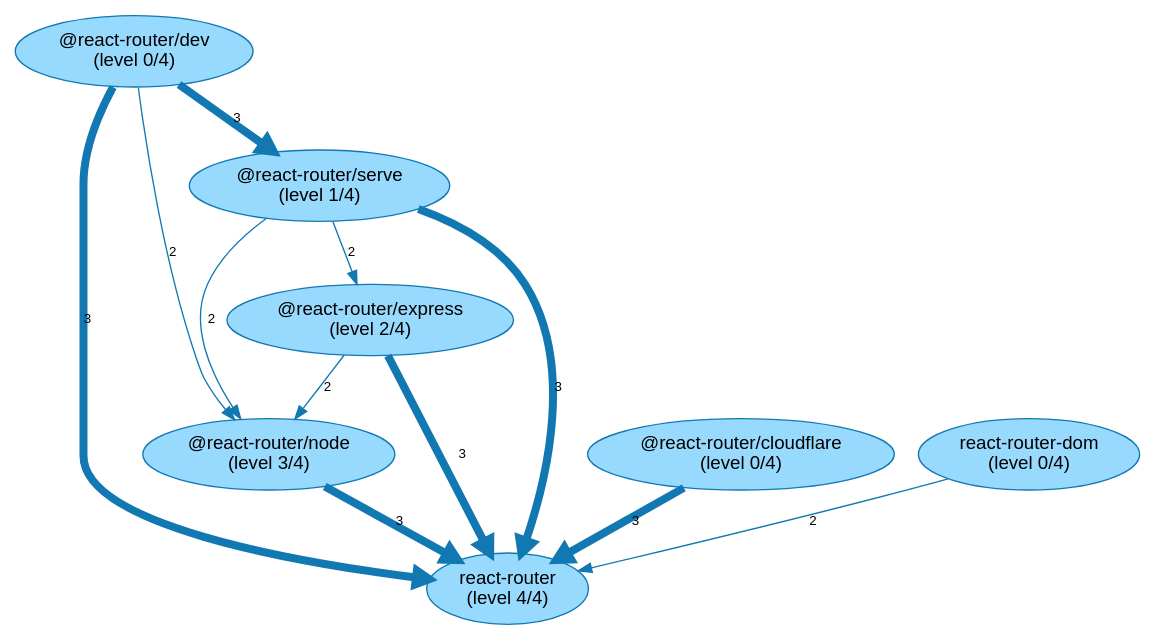
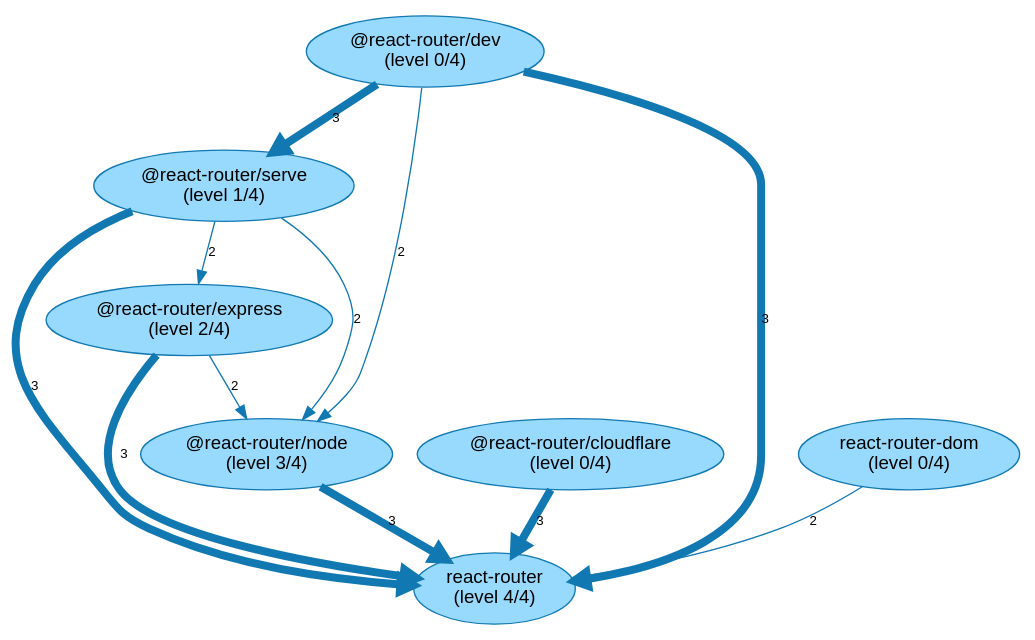
Before and after one commit to JohT/code-graph-analysis-examples: the diagram in analysis-results/react-router/latest/internal-dependencies/NPM_NonDevPackage/Graph_Visualizations/NpmPackageBuildLevels.gv, drawn with Graphviz. The commit also changed other lines of this file and 365 other files, not shown here.

```diff
--- a/analysis-results/react-router/latest/internal-dependencies/NPM_NonDevPackage/Graph_Visualizations/NpmPackageBuildLevels.gv
+++ b/analysis-results/react-router/latest/internal-dependencies/NPM_NonDevPackage/Graph_Visualizations/NpmPackageBuildLevels.gv
@@ -1,21 +1,21 @@
 // This GraphViz dot file was generated by the script convertQueryResultCsvToGraphVizDotFile.sh with default.template
 
 strict digraph NpmPackageBuildLevels {
     fontname = "Helvetica,Arial,sans-serif";
     node [fontname = "Helvetica,Arial,sans-serif";];
     edge [fontname = "Helvetica,Arial,sans-serif"; fontsize = 10;];
     node [style = filled; fillcolor = "0.560 0.400 0.999";];
     node [color = "0.560 0.900 0.700";];
     edge [color = "0.560 0.900 0.700";];
+	"@react-router/node\n(level 3/4)" -> "react-router\n(level 4/4)" [label = 3; penwidth = 6.0; ];
 	"@react-router/express\n(level 2/4)" -> "react-router\n(level 4/4)" [label = 3; penwidth = 6.0; ];
 	"@react-router/dev\n(level 0/4)" -> "react-router\n(level 4/4)" [label = 3; penwidth = 6.0; ];
-	"@react-router/node\n(level 3/4)" -> "react-router\n(level 4/4)" [label = 3; penwidth = 6.0; ];
+	"@react-router/cloudflare\n(level 0/4)" -> "react-router\n(level 4/4)" [label = 3; penwidth = 6.0; ];
 	"@react-router/serve\n(level 1/4)" -> "react-router\n(level 4/4)" [label = 3; penwidth = 6.0; ];
-	"@react-router/cloudflare\n(level 0/4)" -> "react-router\n(level 4/4)" [label = 3; penwidth = 6.0; ];
 	"@react-router/dev\n(level 0/4)" -> "@react-router/serve\n(level 1/4)" [label = 3; penwidth = 6.0; ];
 	"react-router-dom\n(level 0/4)" -> "react-router\n(level 4/4)" [label = 2; penwidth = 1.0; ];
+	"@react-router/express\n(level 2/4)" -> "@react-router/node\n(level 3/4)" [label = 2; penwidth = 1.0; ];
+	"@react-router/dev\n(level 0/4)" -> "@react-router/node\n(level 3/4)" [label = 2; penwidth = 1.0; ];
 	"@react-router/serve\n(level 1/4)" -> "@react-router/node\n(level 3/4)" [label = 2; penwidth = 1.0; ];
-	"@react-router/dev\n(level 0/4)" -> "@react-router/node\n(level 3/4)" [label = 2; penwidth = 1.0; ];
-	"@react-router/express\n(level 2/4)" -> "@react-router/node\n(level 3/4)" [label = 2; penwidth = 1.0; ];
 	"@react-router/serve\n(level 1/4)" -> "@react-router/express\n(level 2/4)" [label = 2; penwidth = 1.0; ];
 }
```
